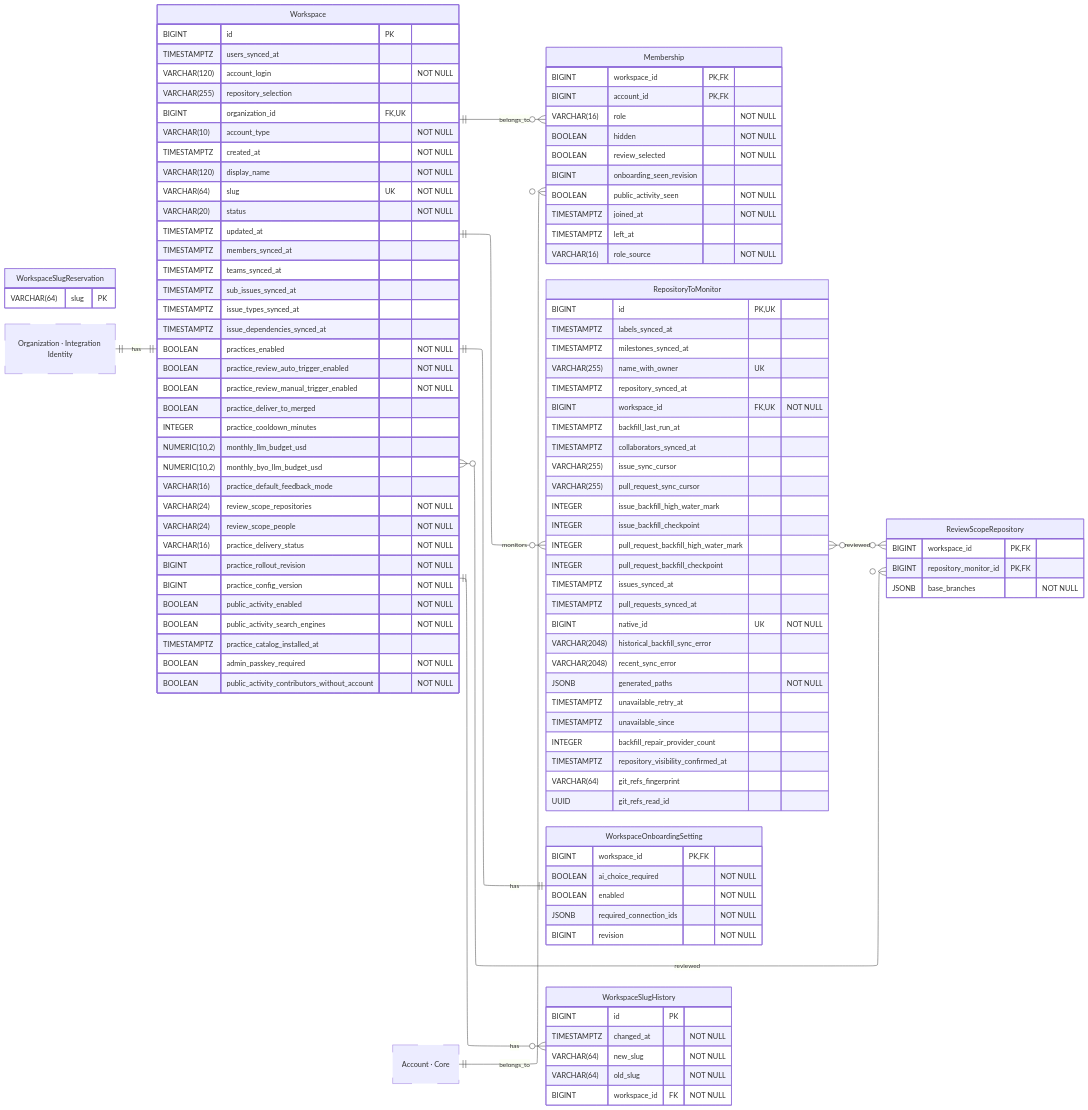
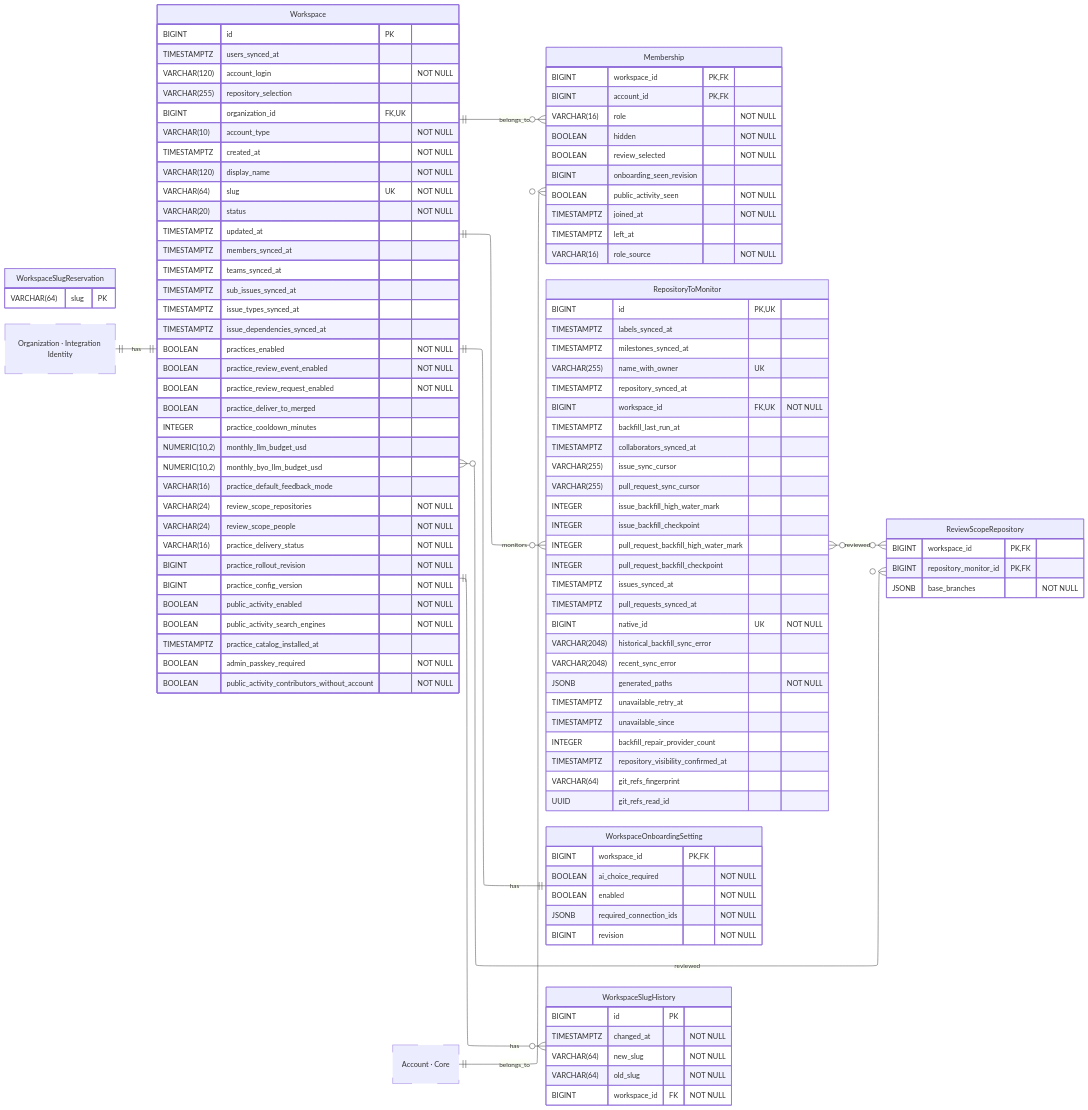
Before and after one commit to hephaestus-build/Hephaestus: the diagram in docs/contributor/erd/workspace.mmd, drawn with Mermaid. The commit also changed 1160 other files, not shown here.

```diff
--- a/docs/contributor/erd/workspace.mmd
+++ b/docs/contributor/erd/workspace.mmd
@@ -1,144 +1,144 @@
 ---
 config:
     layout: elk
 ---
 erDiagram
     %% Generated automatically from PostgreSQL database schema
     %% using scripts/generate-mermaid-erd.ts
     %% To regenerate: vp run db:generate-erd-docs
 
     direction LR
 
     Membership {
         BIGINT workspace_id PK,FK
         BIGINT account_id PK,FK
         VARCHAR(16) role "NOT NULL"
         BOOLEAN hidden "NOT NULL"
         BOOLEAN review_selected "NOT NULL"
         BIGINT onboarding_seen_revision
         BOOLEAN public_activity_seen "NOT NULL"
         TIMESTAMPTZ joined_at "NOT NULL"
         TIMESTAMPTZ left_at
         VARCHAR(16) role_source "NOT NULL"
     }
 
     RepositoryToMonitor {
         BIGINT id PK,UK
         TIMESTAMPTZ labels_synced_at
         TIMESTAMPTZ milestones_synced_at
         VARCHAR(255) name_with_owner UK
         TIMESTAMPTZ repository_synced_at
         BIGINT workspace_id FK,UK "NOT NULL"
         TIMESTAMPTZ backfill_last_run_at
         TIMESTAMPTZ collaborators_synced_at
         VARCHAR(255) issue_sync_cursor
         VARCHAR(255) pull_request_sync_cursor
         INTEGER issue_backfill_high_water_mark
         INTEGER issue_backfill_checkpoint
         INTEGER pull_request_backfill_high_water_mark
         INTEGER pull_request_backfill_checkpoint
         TIMESTAMPTZ issues_synced_at
         TIMESTAMPTZ pull_requests_synced_at
         BIGINT native_id UK "NOT NULL"
         VARCHAR(2048) historical_backfill_sync_error
         VARCHAR(2048) recent_sync_error
         JSONB generated_paths "NOT NULL"
         TIMESTAMPTZ unavailable_retry_at
         TIMESTAMPTZ unavailable_since
         INTEGER backfill_repair_provider_count
         TIMESTAMPTZ repository_visibility_confirmed_at
         VARCHAR(64) git_refs_fingerprint
         UUID git_refs_read_id
     }
 
     ReviewScopeRepository {
         BIGINT workspace_id PK,FK
         BIGINT repository_monitor_id PK,FK
         JSONB base_branches "NOT NULL"
     }
 
     Workspace {
         BIGINT id PK
         TIMESTAMPTZ users_synced_at
         VARCHAR(120) account_login "NOT NULL"
         VARCHAR(255) repository_selection
         BIGINT organization_id FK,UK
         VARCHAR(10) account_type "NOT NULL"
         TIMESTAMPTZ created_at "NOT NULL"
         VARCHAR(120) display_name "NOT NULL"
         VARCHAR(64) slug UK "NOT NULL"
         VARCHAR(20) status "NOT NULL"
         TIMESTAMPTZ updated_at
         TIMESTAMPTZ members_synced_at
         TIMESTAMPTZ teams_synced_at
         TIMESTAMPTZ sub_issues_synced_at
         TIMESTAMPTZ issue_types_synced_at
         TIMESTAMPTZ issue_dependencies_synced_at
         BOOLEAN practices_enabled "NOT NULL"
-        BOOLEAN practice_review_auto_trigger_enabled "NOT NULL"
-        BOOLEAN practice_review_manual_trigger_enabled "NOT NULL"
+        BOOLEAN practice_review_event_enabled "NOT NULL"
+        BOOLEAN practice_review_request_enabled "NOT NULL"
         BOOLEAN practice_deliver_to_merged
         INTEGER practice_cooldown_minutes
         NUMERIC(10,2) monthly_llm_budget_usd
         NUMERIC(10,2) monthly_byo_llm_budget_usd
         VARCHAR(16) practice_default_feedback_mode
         VARCHAR(24) review_scope_repositories "NOT NULL"
         VARCHAR(24) review_scope_people "NOT NULL"
         VARCHAR(16) practice_delivery_status "NOT NULL"
         BIGINT practice_rollout_revision "NOT NULL"
         BIGINT practice_config_version "NOT NULL"
         BOOLEAN public_activity_enabled "NOT NULL"
         BOOLEAN public_activity_search_engines "NOT NULL"
         TIMESTAMPTZ practice_catalog_installed_at
         BOOLEAN admin_passkey_required "NOT NULL"
         BOOLEAN public_activity_contributors_without_account "NOT NULL"
     }
 
     WorkspaceOnboardingSetting {
         BIGINT workspace_id PK,FK
         BOOLEAN ai_choice_required "NOT NULL"
         BOOLEAN enabled "NOT NULL"
         JSONB required_connection_ids "NOT NULL"
         BIGINT revision "NOT NULL"
     }
 
     WorkspaceSlugHistory {
         BIGINT id PK
         TIMESTAMPTZ changed_at "NOT NULL"
         VARCHAR(64) new_slug "NOT NULL"
         VARCHAR(64) old_slug "NOT NULL"
         BIGINT workspace_id FK "NOT NULL"
     }
 
     WorkspaceSlugReservation {
         VARCHAR(64) slug PK
     }
 
     Account["Account · Core"]
     Organization["Organization · Integration Identity"]
 
     %% Relationships
     %% One-to-One relationships
     Organization ||--|| Workspace : has
     Workspace ||--|| WorkspaceOnboardingSetting : has
 
     %% One-to-Many relationships
     Account ||--o{ Membership : belongs_to
     Workspace ||--o{ Membership : belongs_to
     Workspace ||--o{ RepositoryToMonitor : monitors
     Workspace ||--o{ WorkspaceSlugHistory : has
 
     %% Many-to-Many relationships
     RepositoryToMonitor }o--o{ ReviewScopeRepository : reviewed
     Workspace }o--o{ ReviewScopeRepository : reviewed
 
     %% Styling
     classDef primaryEntity stroke-width:2px
     classDef associationEntity stroke-width:1px
     classDef metadataEntity stroke-width:1px
     classDef referenceEntity stroke-dasharray:5 5
 
     class Account referenceEntity
     class Organization referenceEntity
     class RepositoryToMonitor metadataEntity
     class Workspace primaryEntity
```
